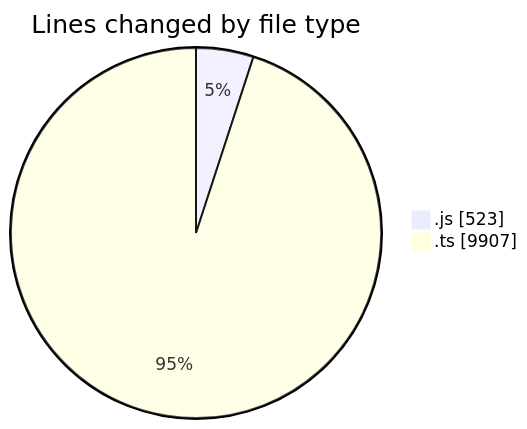
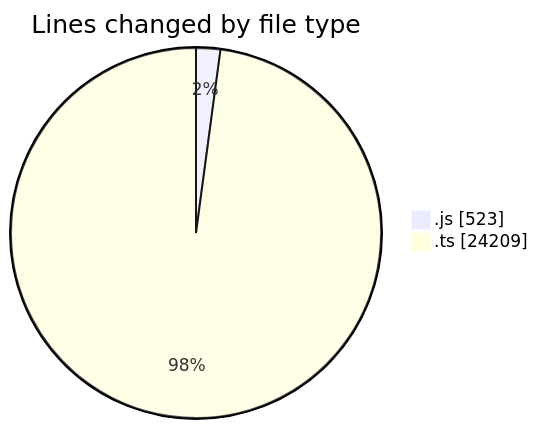
The first of 2 diagrams in 2025-08-15/cda/README.md (momahboobian/code-tracking), drawn with Mermaid before and after one commit. The commit also changed other lines of this file and 1 other file, not shown here.

````diff
--- a/2025-08-15/cda/README.md
+++ b/2025-08-15/cda/README.md
@@ -22,6 +27,6 @@
 ```mermaid
 pie showData
 title Lines changed by file type
 ".js" : 523
-".ts" : 9907
+".ts" : 24209
 ```
````
